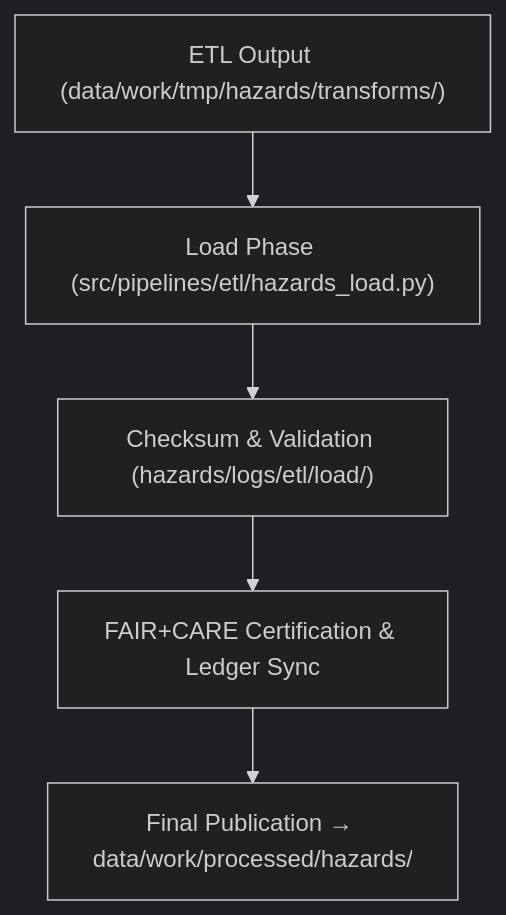
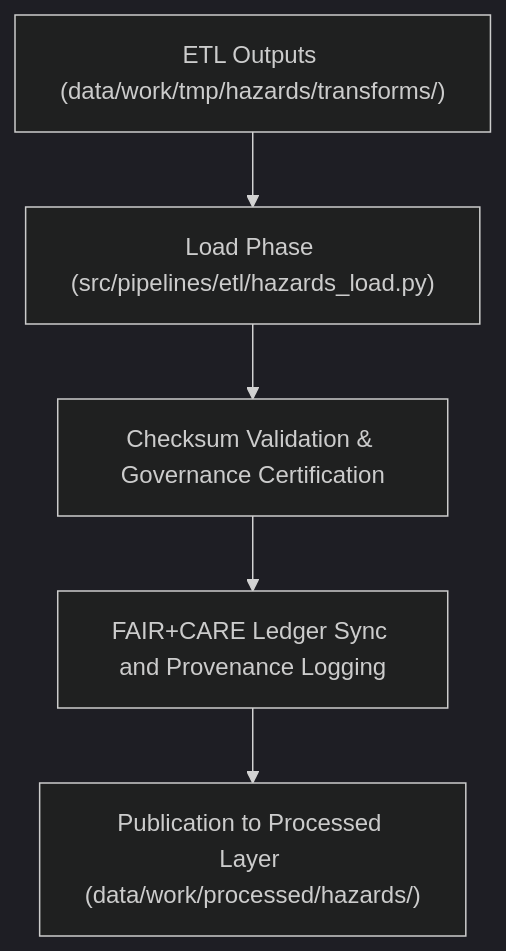
The diagram in data/work/tmp/hazards/logs/etl/load/README.md (bartytime4life/Kansas-Frontier-Matrix), drawn with Mermaid (dark theme) before and after one commit. The commit also changed other lines of this file, not shown here.

````diff
--- a/data/work/tmp/hazards/logs/etl/load/README.md
+++ b/data/work/tmp/hazards/logs/etl/load/README.md
@@ -65,7 +66,7 @@
 ```mermaid
 flowchart TD
-    A["ETL Output (data/work/tmp/hazards/transforms/)"] --> B["Load Phase (src/pipelines/etl/hazards_load.py)"]
-    B --> C["Checksum & Validation (hazards/logs/etl/load/)"]
-    C --> D["FAIR+CARE Certification & Ledger Sync"]
-    D --> E["Final Publication → data/work/processed/hazards/"]
+    A["ETL Outputs (data/work/tmp/hazards/transforms/)"] --> B["Load Phase (src/pipelines/etl/hazards_load.py)"]
+    B --> C["Checksum Validation & Governance Certification"]
+    C --> D["FAIR+CARE Ledger Sync and Provenance Logging"]
+    D --> E["Publication to Processed Layer (data/work/processed/hazards/)"]
 ```
````
